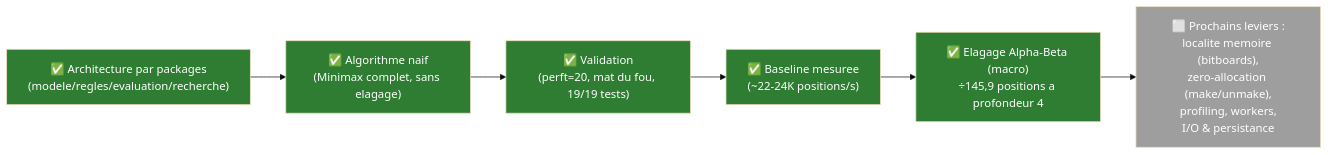
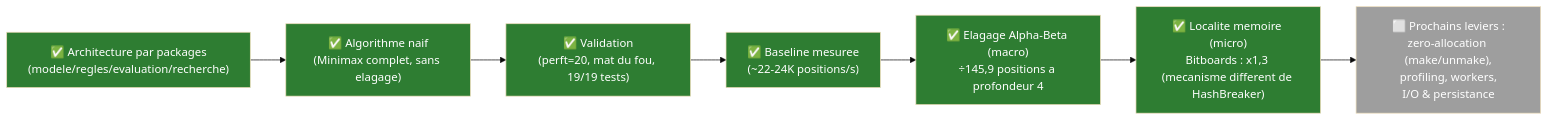
One commit to YoussefGoat123/FILROUGE changed the tenth of 10 diagrams in MoteurEchecs/shemas/schemas.md. Above: the diagram before and after it, drawn with Mermaid (base theme). The commit also changed other lines of this file and 8 other files, not shown here.

````diff
--- a/MoteurEchecs/shemas/schemas.md
+++ b/MoteurEchecs/shemas/schemas.md
@@ -213,15 +234,17 @@
 ```mermaid
 flowchart LR
     A["✅ Architecture par packages\n(modele/regles/evaluation/recherche)"] --> B["✅ Algorithme naif\n(Minimax complet, sans elagage)"]
     B --> C["✅ Validation\n(perft=20, mat du fou, 19/19 tests)"]
     C --> D["✅ Baseline mesuree\n(~22-24K positions/s)"]
     D --> E["✅ Elagage Alpha-Beta (macro)\n÷145,9 positions a profondeur 4"]
-    E --> F["⬜ Prochains leviers :\nlocalite memoire (bitboards),\nzero-allocation (make/unmake),\nprofiling, workers,\nI/O & persistance"]
+    E --> EE["✅ Localite memoire (micro)\nBitboards : x1,3 (mecanisme different de HashBreaker)"]
+    EE --> F["⬜ Prochains leviers :\nzero-allocation (make/unmake),\nprofiling, workers,\nI/O & persistance"]
 
     style A fill:#2e7d32,color:#fff
     style B fill:#2e7d32,color:#fff
     style C fill:#2e7d32,color:#fff
     style D fill:#2e7d32,color:#fff
+    style EE fill:#2e7d32,color:#fff
     style E fill:#2e7d32,color:#fff
     style F fill:#9e9e9e,color:#fff
 ```
````
